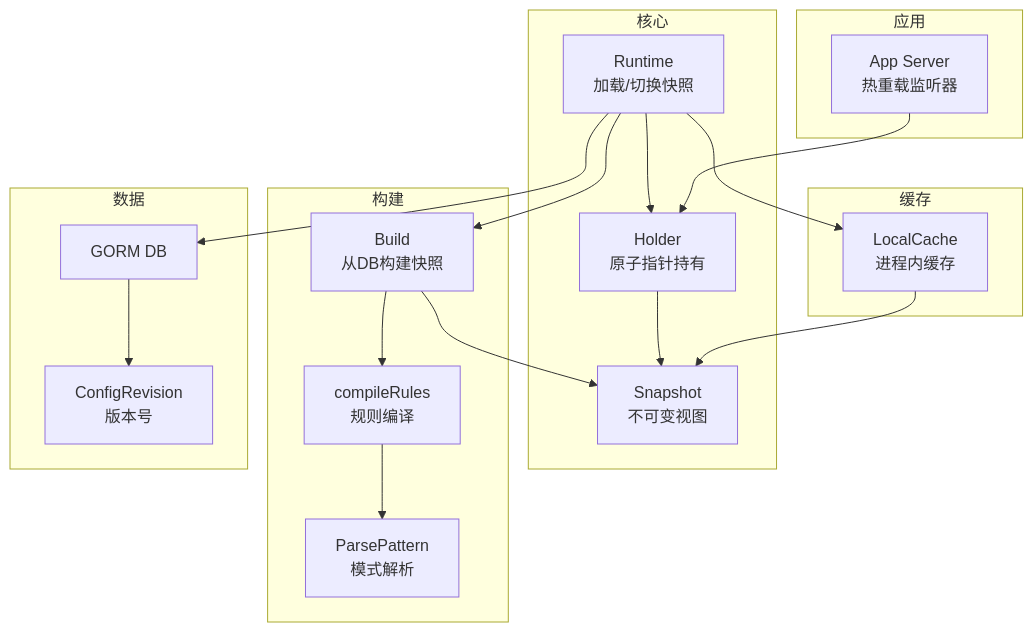
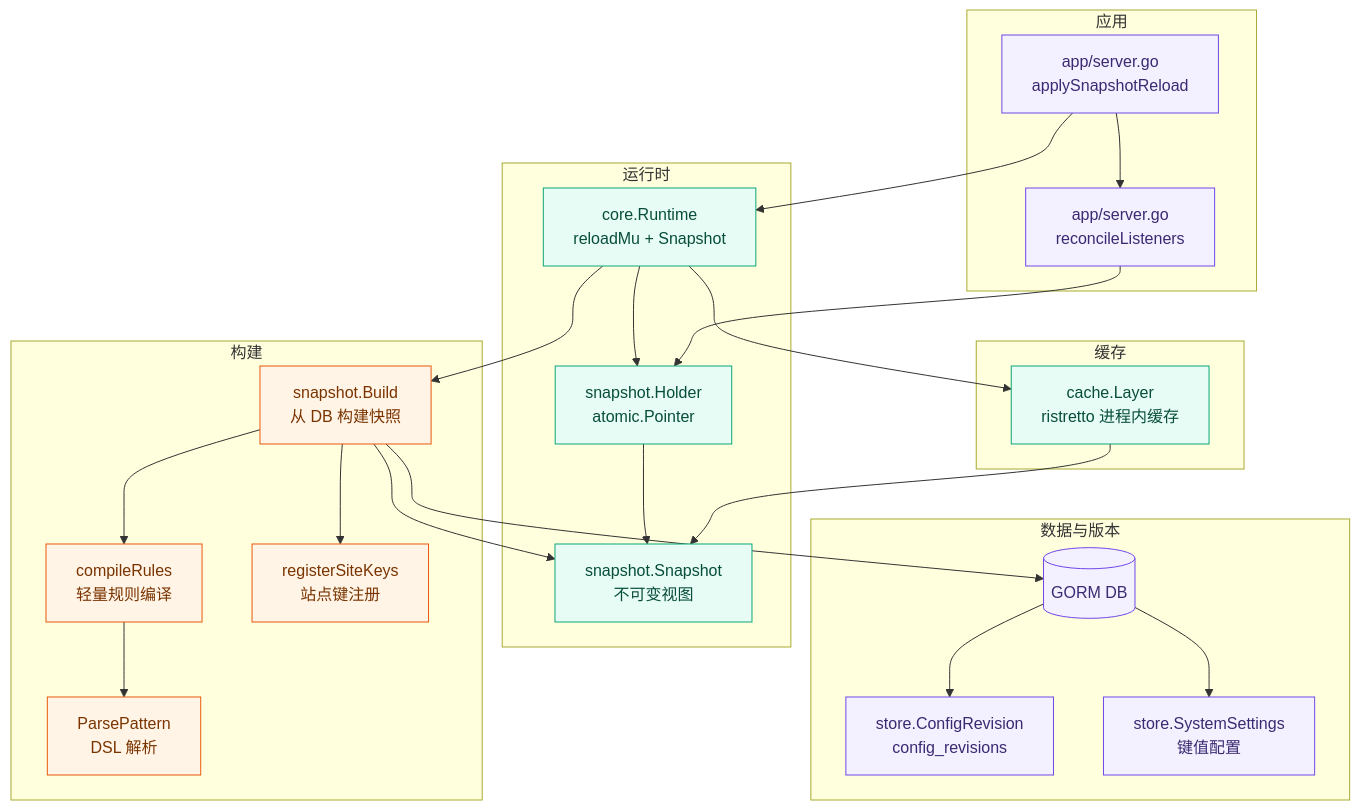
Before and after one commit to x01n/My-OpenWaf: the first of 7 diagrams in docs/WAF 引擎系统/引擎核心架构/快照系统.md, drawn with Mermaid. The commit also changed other lines of this file and 622 other files, not shown here.

````diff
--- a/docs/WAF 引擎系统/引擎核心架构/快照系统.md
+++ b/docs/WAF 引擎系统/引擎核心架构/快照系统.md
@@ -57,34 +57,47 @@
 ```mermaid
 graph TB
-subgraph "核心"
-RT["Runtime<br/>加载/切换快照"]
-SH["Snapshot<br/>不可变视图"]
-HH["Holder<br/>原子指针持有"]
+subgraph "运行时"
+RT["core.Runtime<br/>reloadMu + Snapshot"]
+SH["snapshot.Snapshot<br/>不可变视图"]
+HH["snapshot.Holder<br/>atomic.Pointer"]
 end
 subgraph "构建"
-SB["Build<br/>从DB构建快照"]
-CR["compileRules<br/>规则编译"]
-PP["ParsePattern<br/>模式解析"]
+SB["snapshot.Build<br/>从 DB 构建快照"]
+CR["compileRules<br/>轻量规则编译"]
+PP["ParsePattern<br/>DSL 解析"]
+RK["registerSiteKeys<br/>站点键注册"]
 end
 subgraph "缓存"
-LC["LocalCache<br/>进程内缓存"]
+LC["cache.Layer<br/>ristretto 进程内缓存"]
 end
-subgraph "数据"
-DB["GORM DB"]
-REV["ConfigRevision<br/>版本号"]
+subgraph "数据与版本"
+DB[("GORM DB")]
+REV["store.ConfigRevision<br/>config_revisions"]
+SYS["store.SystemSettings<br/>键值配置"]
 end
 subgraph "应用"
-APP["App Server<br/>热重载监听器"]
+APP["app/server.go<br/>applySnapshotReload"]
+LM["app/server.go<br/>reconcileListeners"]
 end
 RT --> SB
 SB --> SH
 SB --> CR
 CR --> PP
+SB --> RK
 RT --> HH
 HH --> SH
 RT --> LC
 LC --> SH
-RT --> DB
+SB --> DB
 DB --> REV
-APP --> HH
+DB --> SYS
+APP --> RT
+APP --> LM
+LM --> HH
+classDef rt fill:#e6fcf5,stroke:#0ca678,color:#084d3b
+classDef build fill:#fff4e6,stroke:#e8590c,color:#7a3400
+classDef data fill:#f3f0ff,stroke:#7048e8,color:#3b2a72
+class RT,SH,HH,LC rt
+class SB,CR,PP,RK build
+class DB,REV,SYS,APP,LM data
 ```
````
